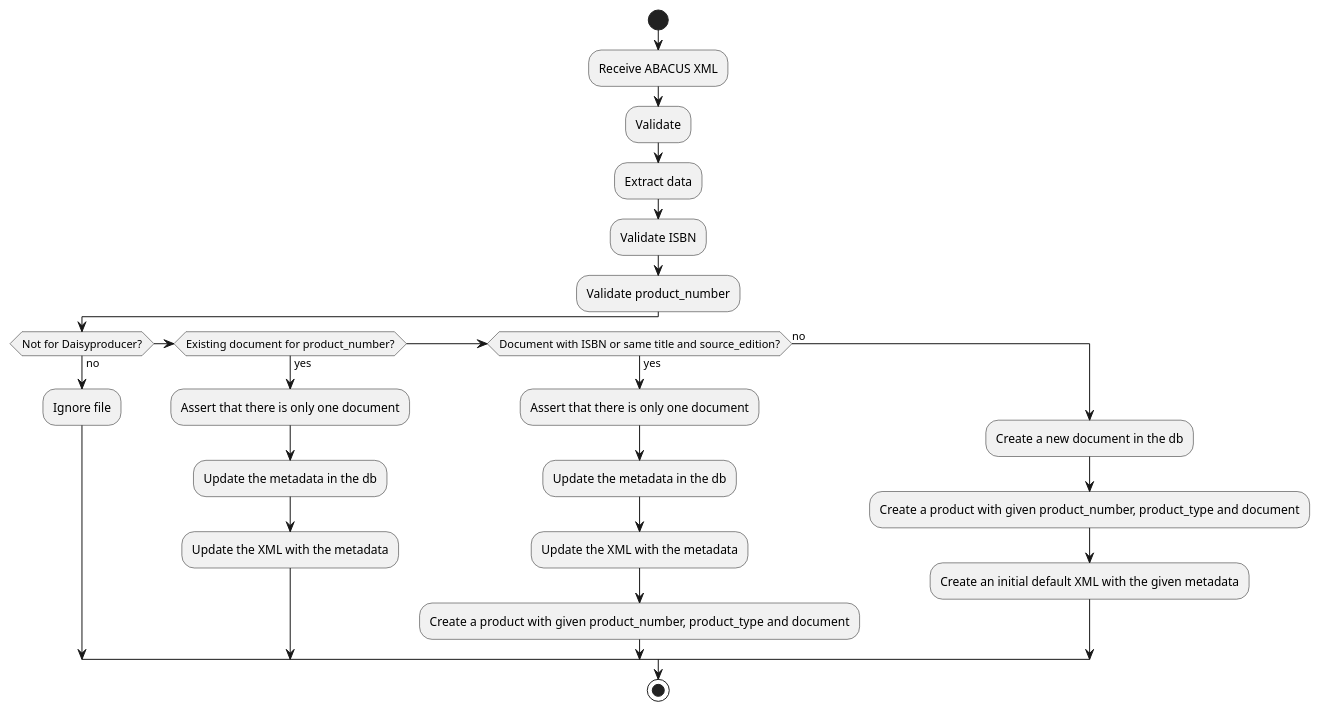
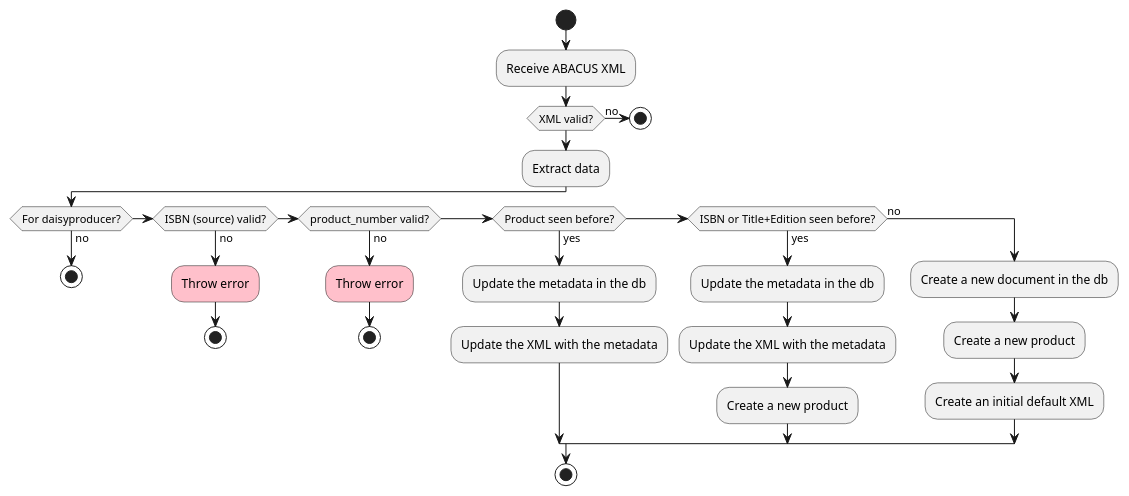
The first of 2 diagrams in doc/import_from_ABACUS.org (sbsdev/daisyproducer2), drawn with PlantUML before and after one commit.

Commit message:
Improve the ABACUS import state diagram

```diff
--- a/doc/import_from_ABACUS.org
+++ b/doc/import_from_ABACUS.org
@@ -66,27 +66,31 @@
 #+begin_src plantuml :file ABACUS_import.png
-@startuml
-  start
-  :Receive ABACUS XML;
-  :Validate;
-  :Extract data;
-  :Validate ISBN;
-  :Validate product_number;
-  if (Not for Daisyproducer?) then (no)
-    :Ignore file;
-  elseif (Existing document for product_number?) then (yes)
-	:Assert that there is only one document;
-	:Update the metadata in the db;
-	:Update the XML with the metadata;
-  elseif (Document with ISBN or same title and source_edition?) then (yes)
-      	:Assert that there is only one document;
-      	:Update the metadata in the db;
-      	:Update the XML with the metadata;
-      	:Create a product with given product_number, product_type and document;
-  else (no)
-      	:Create a new document in the db;
-      	:Create a product with given product_number, product_type and document;
-	:Create an initial default XML with the given metadata;
-  endif
-stop
-@enduml
+  @startuml
+    start
+    :Receive ABACUS XML;
+    if (XML valid?) then (no)
+      stop
+    endif
+    :Extract data;
+    if (For daisyproducer?) then (no)
+      stop
+    elseif (ISBN (source) valid?) then (no)
+      #pink:Throw error;
+      stop
+    elseif (product_number valid?) then (no)
+      #pink:Throw error;
+      stop
+    elseif (Product seen before?) then (yes)
+       :Update the metadata in the db;
+       :Update the XML with the metadata;
+    elseif (ISBN or Title+Edition seen before?) then (yes)
+       :Update the metadata in the db;
+       :Update the XML with the metadata;
+       :Create a new product;
+    else (no)
+       :Create a new document in the db;
+       :Create a new product;
+       :Create an initial default XML;
+    endif
+  stop
+  @enduml
 #+end_src
```
